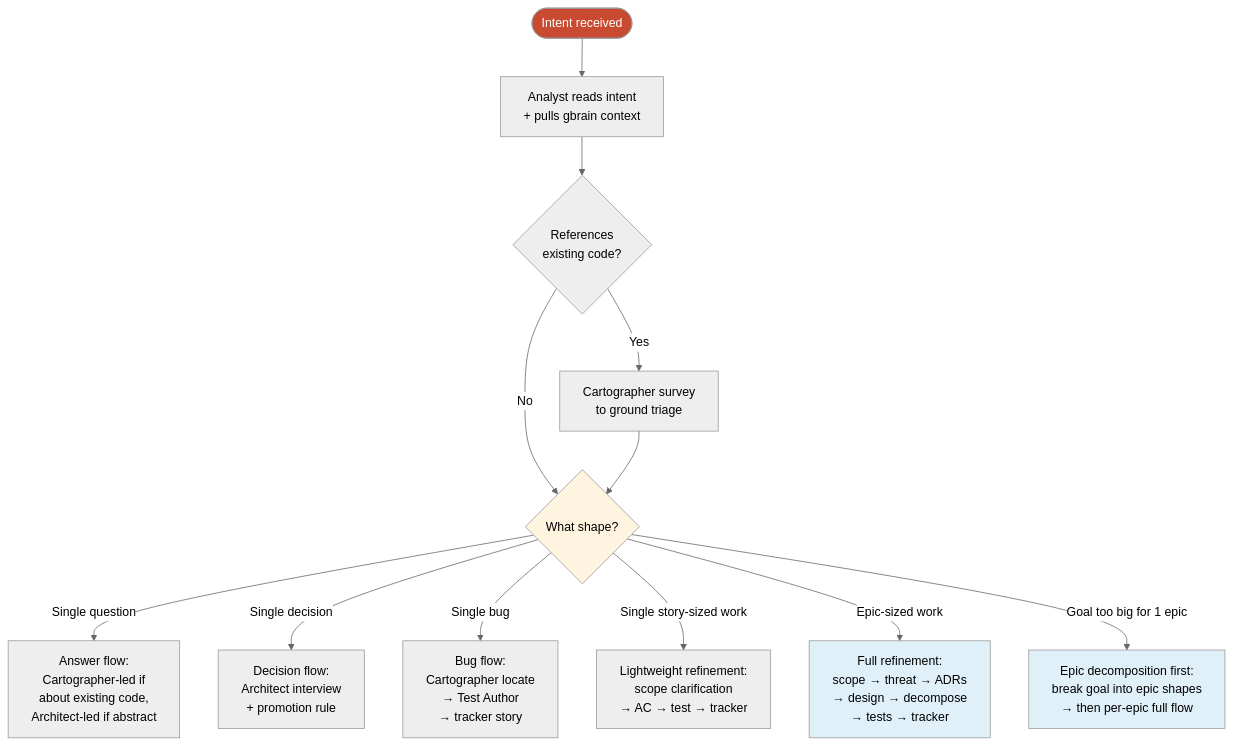
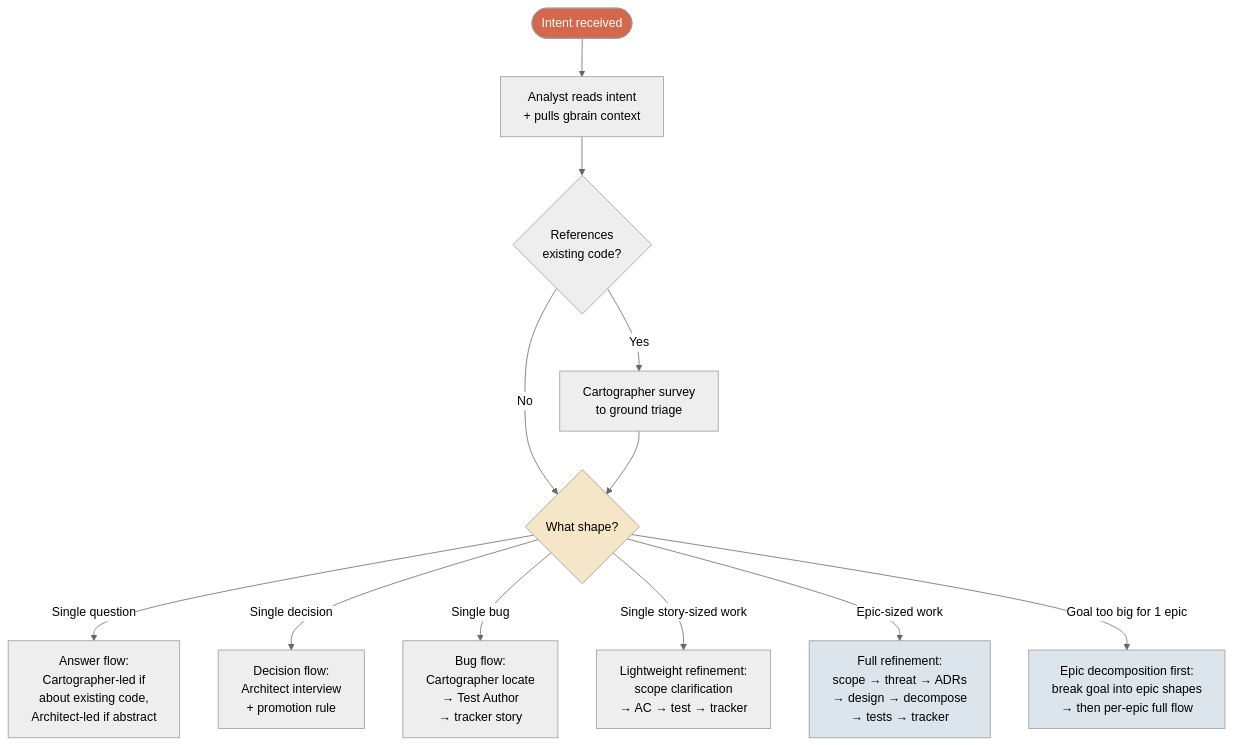
Before and after one commit to nlawstudio/ai-refinement-method: the fifth of 17 diagrams in METHOD.md, drawn with Mermaid (neutral theme). The commit also changed other lines of this file and 1 other file, not shown here.

````diff
--- a/METHOD.md
+++ b/METHOD.md
@@ -717,20 +738,20 @@
 ```mermaid
 flowchart TD
     Intent([Intent received]) --> Read[Analyst reads intent<br/>+ pulls gbrain context]
     Read --> Cart{References<br/>existing code?}
     Cart -->|Yes| RunCart[Cartographer survey<br/>to ground triage]
     Cart -->|No| Shape
     RunCart --> Shape{What shape?}
 
     Shape -->|Single question| QA[Answer flow:<br/>Cartographer-led if<br/>about existing code,<br/>Architect-led if abstract]
     Shape -->|Single decision| DEC[Decision flow:<br/>Architect interview<br/>+ promotion rule]
     Shape -->|Single bug| BUG[Bug flow:<br/>Cartographer locate<br/>→ Test Author<br/>→ tracker story]
     Shape -->|Single story-sized work| STORY[Lightweight refinement:<br/>scope clarification<br/>→ AC → test → tracker]
     Shape -->|Epic-sized work| EPIC[Full refinement:<br/>scope → threat → ADRs<br/>→ design → decompose<br/>→ tests → tracker]
     Shape -->|Goal too big for 1 epic| MULTI[Epic decomposition first:<br/>break goal into epic shapes<br/>→ then per-epic full flow]
 
-    style Intent fill:#C84B31,color:#fff
-    style Shape fill:#fff4e0
-    style EPIC fill:#e0f0f8
-    style MULTI fill:#e0f0f8
+    style Intent fill:#D5674C,color:#fff
+    style Shape fill:#F4E6C6
+    style EPIC fill:#DCE4EC
+    style MULTI fill:#DCE4EC
 ```
````
